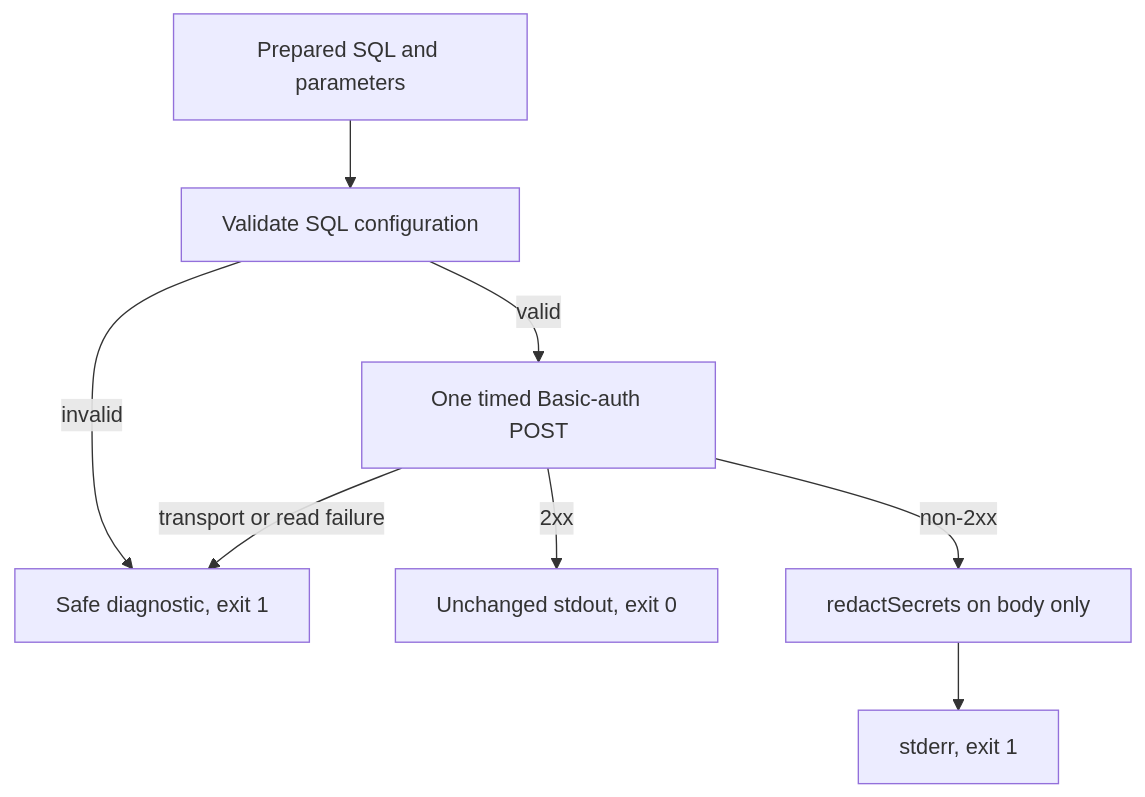
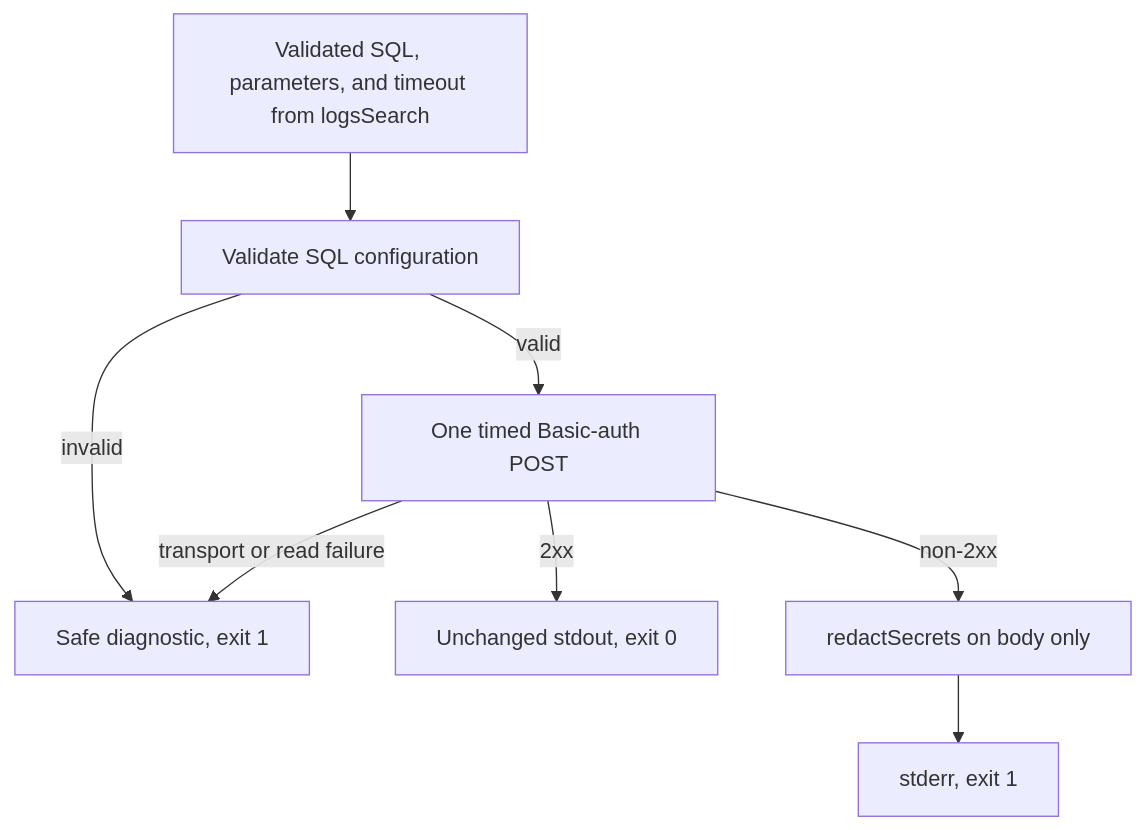
One commit to jrswab/betterstack-cli changed the third of 3 diagrams in .mem/telemetry/logs.md. Above: the diagram before and after it, drawn with Mermaid. The commit also changed other lines of this file and 11 other files, not shown here.

````diff
--- a/.mem/telemetry/logs.md
+++ b/.mem/telemetry/logs.md
@@ -69,10 +88,10 @@
 ```mermaid
 flowchart TD
-    Prepared[Prepared SQL and parameters] --> Config[Validate SQL configuration]
+    Built[Validated SQL, parameters, and timeout from logsSearch] --> Config[Validate SQL configuration]
     Config -->|valid| Post[One timed Basic-auth POST]
     Config -->|invalid| Local[Safe diagnostic, exit 1]
     Post -->|transport or read failure| Local
     Post -->|2xx| Raw[Unchanged stdout, exit 0]
     Post -->|non-2xx| Redact[redactSecrets on body only]
     Redact --> Error[stderr, exit 1]
 ```
````
